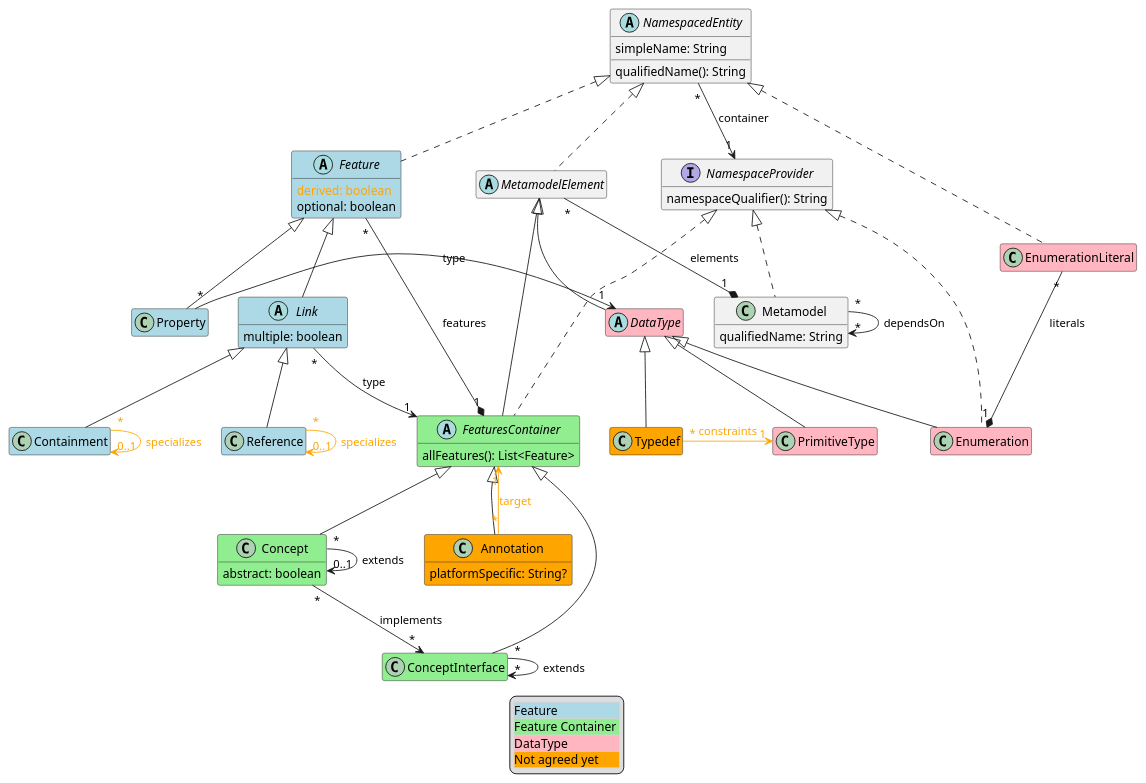
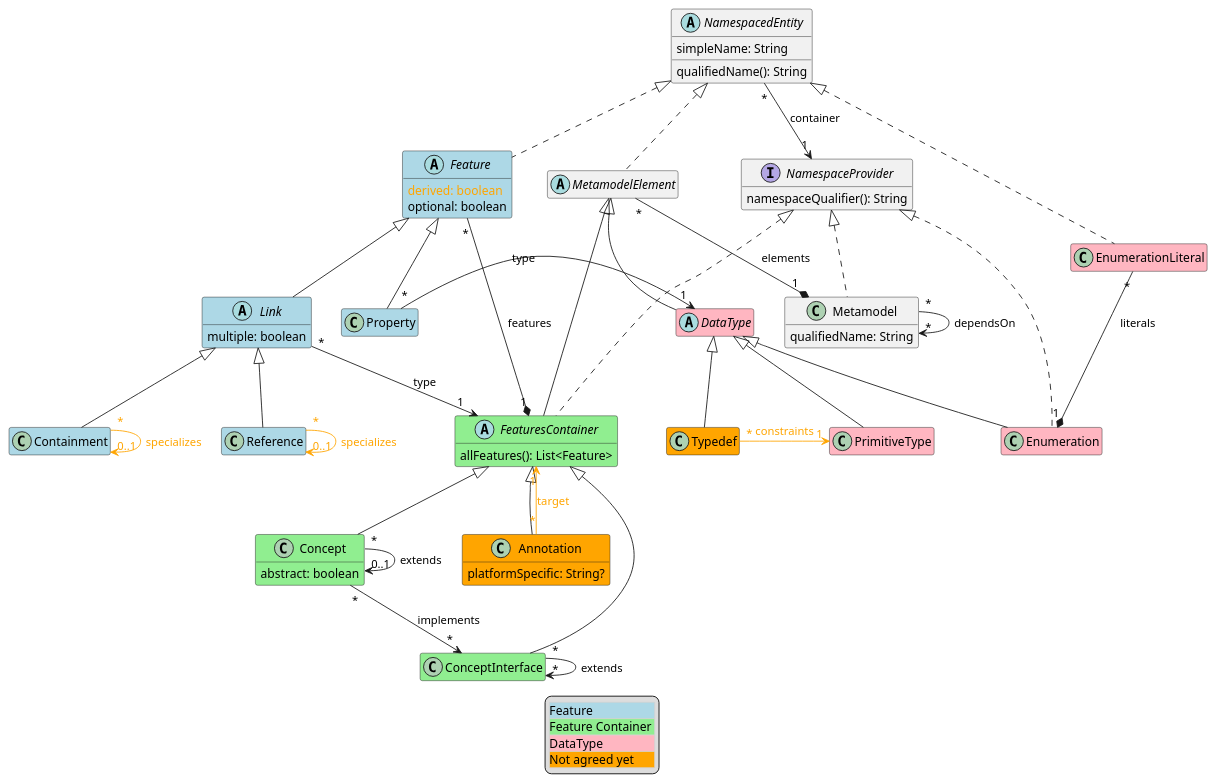
One commit to LionWeb-io/specification changed the diagram in lioncore/metametamodel.puml. Above: the diagram before and after it, drawn with PlantUML. The commit also changed other lines of this file, not shown here.

Commit message:
ordered elements alphabetically on M3 diagram

```diff
--- a/lioncore/metametamodel.puml
+++ b/lioncore/metametamodel.puml
@@ -1,92 +1,92 @@
 @startuml
 hide empty members
-
-abstract class NamespacedEntity {
-  simpleName: String
-  qualifiedName(): String
-}
-
-interface NamespaceProvider {
-  namespaceQualifier(): String
-}
-
-class Metamodel implements NamespaceProvider {
-  qualifiedName: String
-}
-
-abstract class MetamodelElement implements NamespacedEntity
-
-abstract class FeaturesContainer #LightGreen extends MetamodelElement implements NamespaceProvider {
-  allFeatures(): List<Feature>
-}
 
 class Annotation #orange extends FeaturesContainer  {
   platformSpecific: String?
 }
 
 class Concept #LightGreen extends FeaturesContainer {
   abstract: boolean
 }
 
 class ConceptInterface #LightGreen extends FeaturesContainer
 
+class Containment #LightBlue extends Link
+
+abstract class DataType #LightPink extends MetamodelElement
+
+class Enumeration #LightPink extends DataType implements NamespaceProvider
+
+class EnumerationLiteral #LightPink implements NamespacedEntity
+
 abstract class Feature #LightBlue implements NamespacedEntity {
   <color:#orange>derived: boolean</color>
   optional: boolean
 }
 
-class Property #LightBlue extends Feature
-
-class Typedef #orange extends DataType
-
-abstract class DataType #LightPink extends MetamodelElement
-
-class PrimitiveType #LightPink extends DataType
-
-class Enumeration #LightPink extends DataType implements NamespaceProvider
-
-class EnumerationLiteral #LightPink implements NamespacedEntity
+abstract class FeaturesContainer #LightGreen extends MetamodelElement implements NamespaceProvider {
+  allFeatures(): List<Feature>
+}
 
 abstract class Link #LightBlue extends Feature {
   multiple: boolean
 }
 
-class Containment #LightBlue extends Link
+class Metamodel implements NamespaceProvider {
+  qualifiedName: String
+}
+
+abstract class MetamodelElement implements NamespacedEntity
+
+abstract class NamespacedEntity {
+  simpleName: String
+  qualifiedName(): String
+}
+
+interface NamespaceProvider {
+  namespaceQualifier(): String
+}
+
+class PrimitiveType #LightPink extends DataType
+
+class Property #LightBlue extends Feature
 
 class Reference #LightBlue extends Link
+
+class Typedef #orange extends DataType
 
 ' relations:
 
 Annotation "*" --> "1" FeaturesContainer #orange;text:orange : target
 
 Concept "*" -> "0..1" Concept: extends
 Concept "*" --> "*" ConceptInterface: implements
 
 ConceptInterface "*" --> "*" ConceptInterface: extends
 
 Containment "*" -> "0..1" Containment #orange;text:orange : specializes
 
+EnumerationLiteral "*" -* "1" Enumeration : literals
+
 Feature "*" -* "1" FeaturesContainer: features
 
 Link "*" --> "1" FeaturesContainer: type
 
+Metamodel "*" --> "*" Metamodel: dependsOn
 MetamodelElement "*" -* "1" Metamodel: elements
-Metamodel "*" --> "*" Metamodel: dependsOn
 
 NamespacedEntity "*" --> "1" NamespaceProvider: container
 
 Property "*" -> "1" DataType: type
 
 Reference "*" -> "0..1" Reference #orange;text:orange : specializes
-
-EnumerationLiteral "*" -* "1" Enumeration : literals
 
 Typedef "*" -> "1" PrimitiveType #orange;text:orange : constraints
 
 legend
   <#LightGray,#LightGray>| <#LightBlue>Feature |
   | <#LightGreen>Feature Container |
   | <#LightPink>DataType |
   | <#orange>Not agreed yet |
 end legend
 @enduml
```
